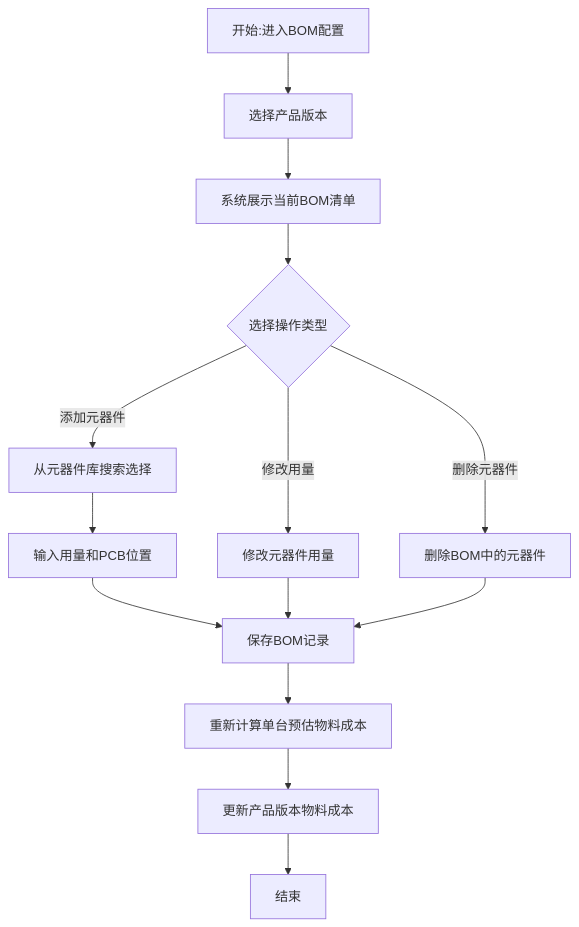
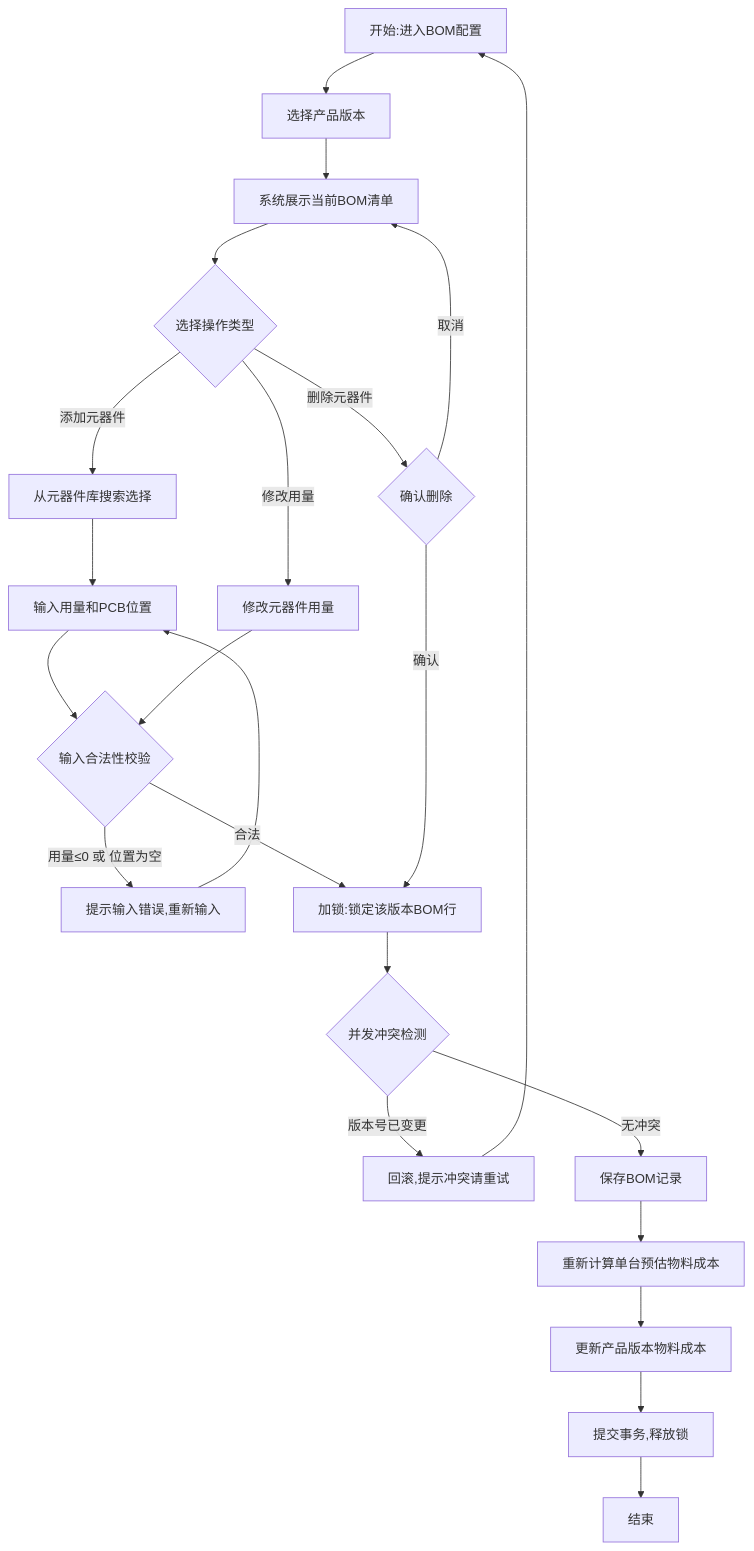
The first of 6 diagrams in 01_功能说明.md (NorthBridgeAthlon64/HPLM_SQL), drawn with Mermaid before and after one commit. The commit also changed other lines of this file and 2 other files, not shown here.

First line of the commit message:
feat: 完善Mermaid流程图异常分支、数据字典与DDL一致性、AI使用记录

````diff
--- a/01_功能说明.md
+++ b/01_功能说明.md
@@ -27,16 +27,25 @@
 ```mermaid
 flowchart TD
     A[开始:进入BOM配置] --> B[选择产品版本]
     B --> C[系统展示当前BOM清单]
     C --> D{选择操作类型}
     D -->|添加元器件| E[从元器件库搜索选择]
     E --> F[输入用量和PCB位置]
-    F --> G[保存BOM记录]
-    D -->|修改用量| H[修改元器件用量]
-    H --> G
-    D -->|删除元器件| I[删除BOM中的元器件]
-    I --> G
-    G --> J[重新计算单台预估物料成本]
-    J --> K[更新产品版本物料成本]
-    K --> L[结束]
+    F --> G{输入合法性校验}
+    G -->|用量≤0 或 位置为空| H[提示输入错误,重新输入]
+    H --> F
+    G -->|合法| I[加锁:锁定该版本BOM行]
+    I --> J{并发冲突检测}
+    J -->|版本号已变更| K[回滚,提示冲突请重试]
+    K --> A
+    J -->|无冲突| L[保存BOM记录]
+    D -->|修改用量| M[修改元器件用量]
+    M --> G
+    D -->|删除元器件| N{确认删除}
+    N -->|取消| C
+    N -->|确认| I
+    L --> O[重新计算单台预估物料成本]
+    O --> P[更新产品版本物料成本]
+    P --> Q[提交事务,释放锁]
+    Q --> R[结束]
 ```
````
